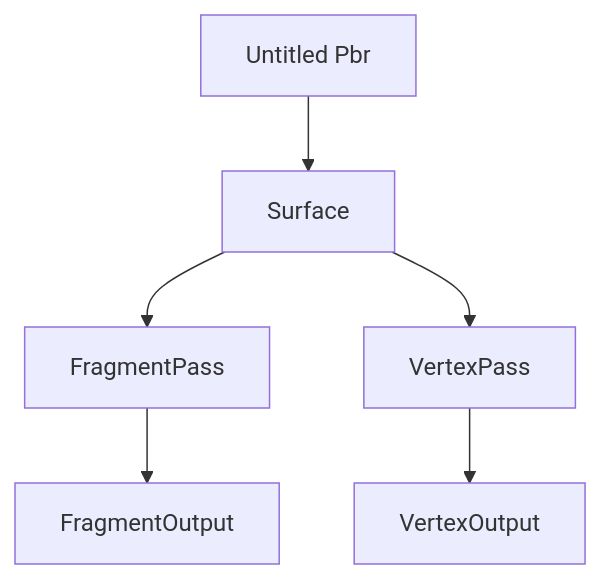
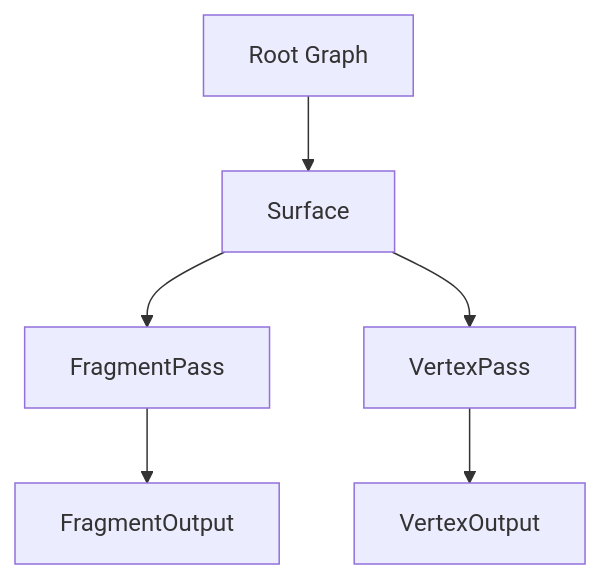
One commit to omid3098/openshadergraph changed the diagram in docs/getting-started.md. Above: the diagram before and after it, drawn with Mermaid. The commit also changed other lines of this file, not shown here.

````diff
--- a/docs/getting-started.md
+++ b/docs/getting-started.md
@@ -21,8 +26,8 @@
 ```mermaid
 graph TD
-    A[Untitled Pbr] --> B[Surface]
+    A[Root Graph] --> B[Surface]
     B --> C[FragmentPass]
     B --> D[VertexPass]
     C --> E[FragmentOutput]
     D --> F[VertexOutput]
 ```
````
